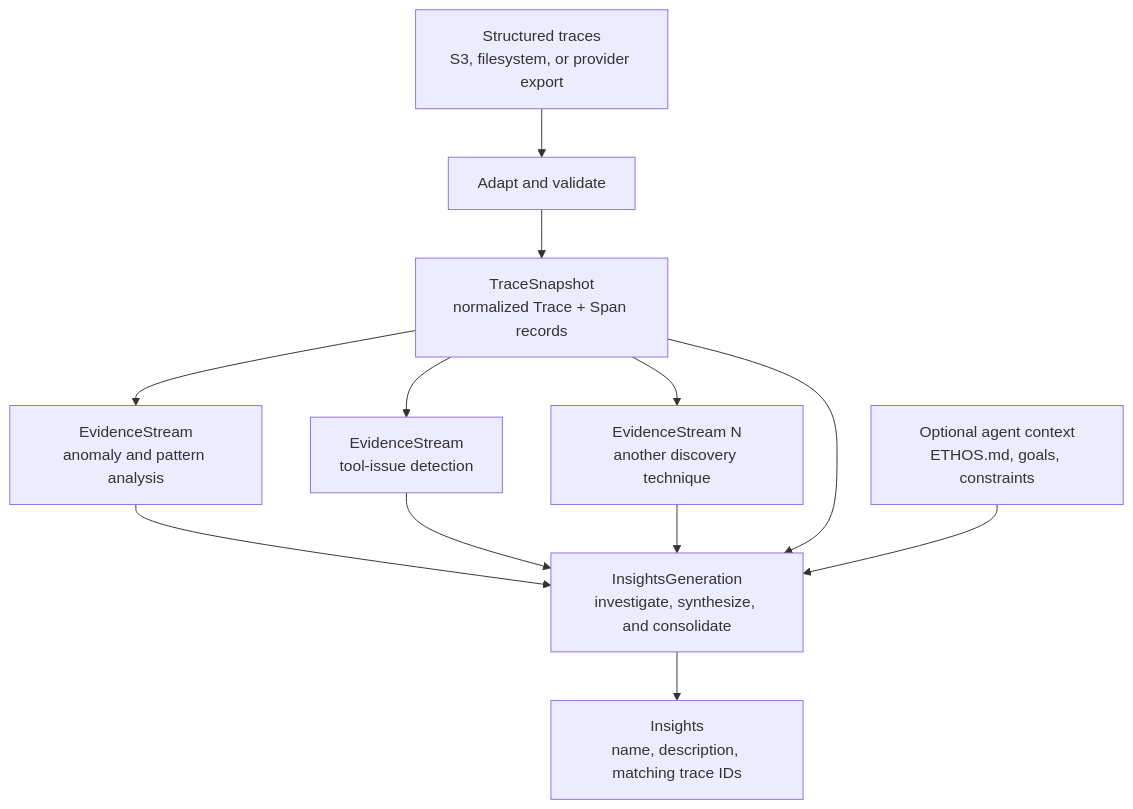
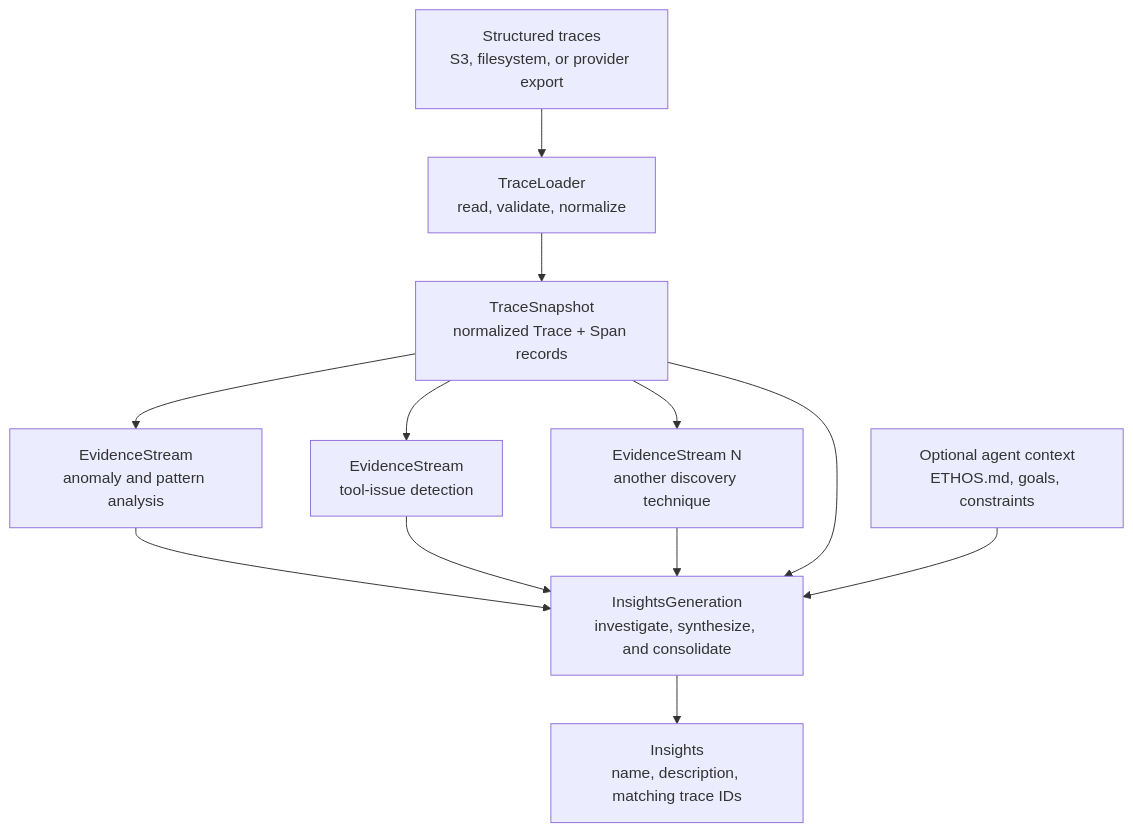
One commit to NVIDIA-NeMo/labs-trace-intel changed the first of 4 diagrams in docs/pipeline-architecture.md. Above: the diagram before and after it, drawn with Mermaid. The commit also changed other lines of this file and 6 other files, not shown here.

Commit message:
docs: document trace loader architecture

````diff
--- a/docs/pipeline-architecture.md
+++ b/docs/pipeline-architecture.md
@@ -10,22 +10,22 @@
 ```mermaid
 flowchart TB
     source["Structured traces<br/>S3, filesystem, or provider export"]
-    normalize["Adapt and validate"]
+    loader["TraceLoader<br/>read, validate, normalize"]
     snapshot["TraceSnapshot<br/>normalized Trace + Span records"]
 
     stream1["EvidenceStream<br/>anomaly and pattern analysis"]
     stream2["EvidenceStream<br/>tool-issue detection"]
     streamN["EvidenceStream N<br/>another discovery technique"]
 
     context["Optional agent context<br/>ETHOS.md, goals, constraints"]
     generation["InsightsGeneration<br/>investigate, synthesize, and consolidate"]
     insights["Insights<br/>name, description, matching trace IDs"]
 
-    source --> normalize --> snapshot
+    source --> loader --> snapshot
     snapshot --> stream1 --> generation
     snapshot --> stream2 --> generation
     snapshot --> streamN --> generation
     snapshot --> generation
     context --> generation
     generation --> insights
 ```
````
